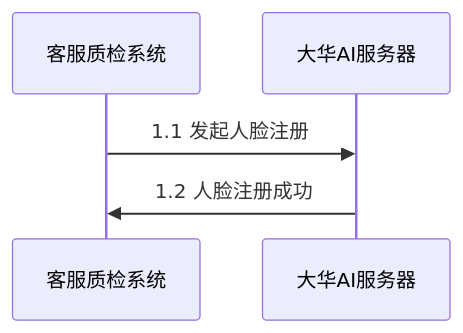
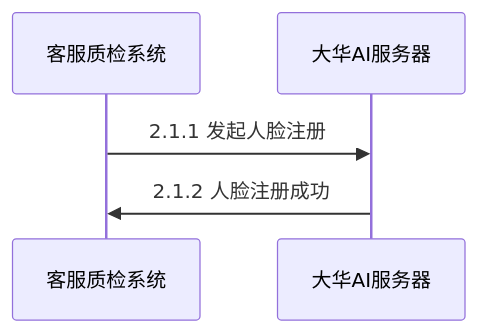
One commit to peace0phmind/peace0phmind.github.io changed the first of 2 diagrams in content/posts/202211/face-inspection.md. Above: the diagram before and after it, drawn with Mermaid. The commit also changed other lines of this file, not shown here.

````diff
--- a/content/posts/202211/face-inspection.md
+++ b/content/posts/202211/face-inspection.md
@@ -22,7 +34,7 @@
 ```mermaid
 sequenceDiagram
   participant 客服质检系统
   participant 大华AI服务器
-  客服质检系统->>大华AI服务器: 1.1 发起人脸注册
-  大华AI服务器->>客服质检系统: 1.2 人脸注册成功
+  客服质检系统->>大华AI服务器: 2.1.1 发起人脸注册
+  大华AI服务器->>客服质检系统: 2.1.2 人脸注册成功
 ```
````
